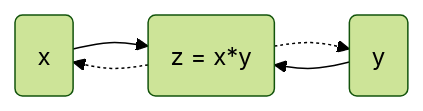
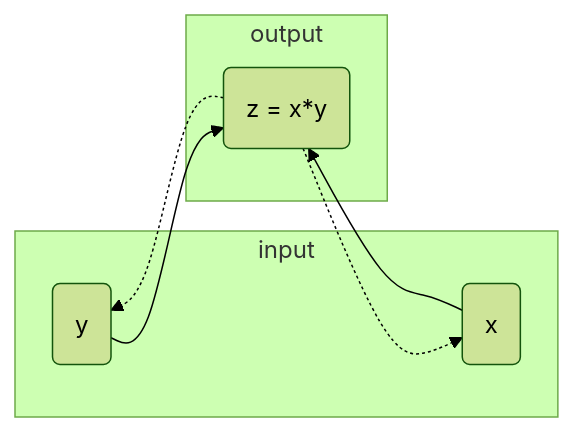
One commit to koushikkhan/koushikkhan.github.io changed the fourth of 6 diagrams in posts/2023-04-19-autograd/index.qmd. Above: the diagram before and after it, drawn with Mermaid (forest theme). The commit also changed other lines of this file and 7 other files, not shown here.

````diff
--- a/posts/2023-04-19-autograd/index.qmd
+++ b/posts/2023-04-19-autograd/index.qmd
@@ -221,6 +237,15 @@
 ```{mermaid}
-%%| fig-width: 4.5
-graph LR
-  x(x) --> c(z = x*y) -.-> x(x)
-  y(y) --> c(z = x*y) -.-> y(y)
+%%| fig-width: 3.5
+graph RL
+  subgraph input
+  x(x)
+  y(y)
+  end
+
+  subgraph output
+  z(z = x*y)
+  end
+
+  x(x) --> z(z = x*y) -.-> x(x)
+  y(y) --> z(z = x*y) -.-> y(y)
 ```
````
